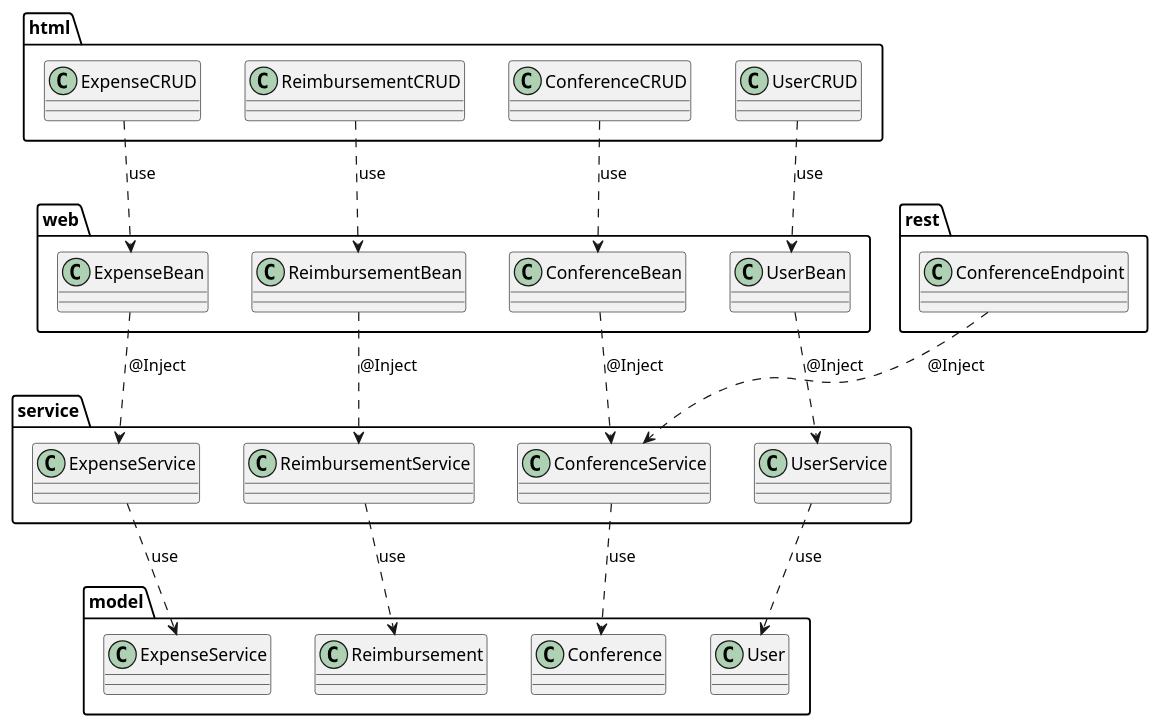
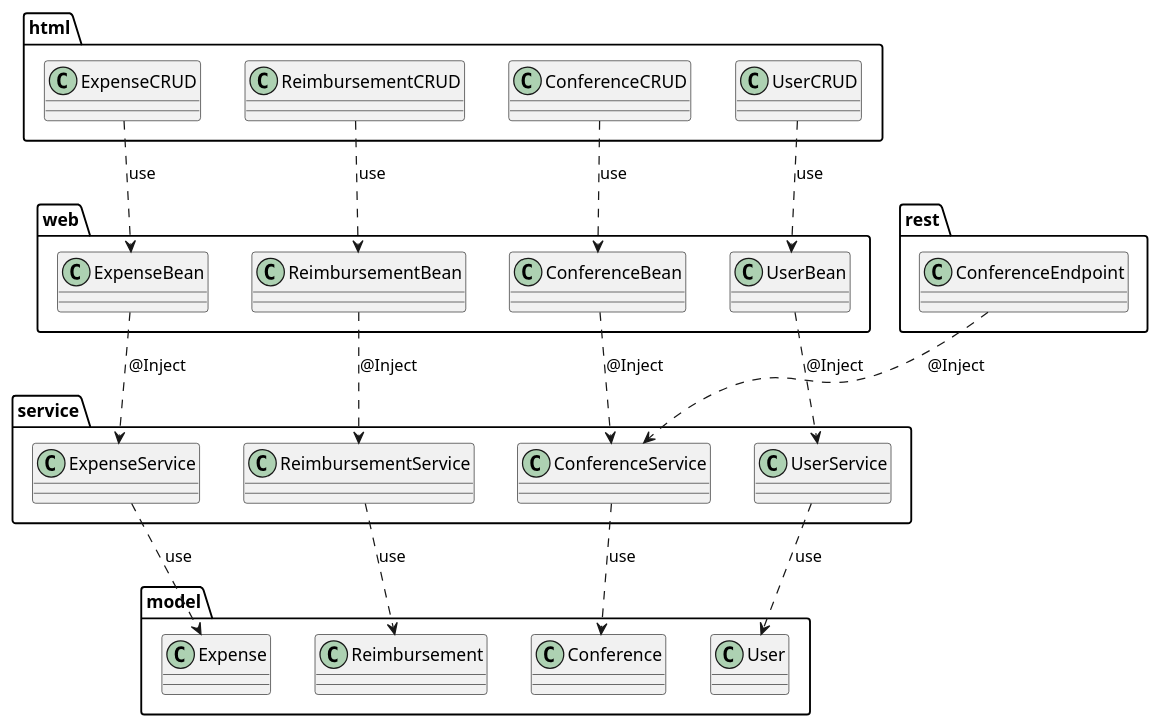
Before and after one commit to antoinesd/cdi-forge-uni: the diagram in slides/schemas/architecture_forgeee7.puml, drawn with PlantUML. The commit also changed 4 other files, not shown here.

```diff
--- a/slides/schemas/architecture_forgeee7.puml
+++ b/slides/schemas/architecture_forgeee7.puml
@@ -1,18 +1,18 @@
 @startuml
 
 
 html.ConferenceCRUD ..> web.ConferenceBean : use
 html.ExpenseCRUD ..> web.ExpenseBean : use
 html.ReimbursementCRUD ..> web.ReimbursementBean : use
 html.UserCRUD ..> web.UserBean : use
 rest.ConferenceEndpoint ..> service.ConferenceService : @Inject
 web.ConferenceBean ..> service.ConferenceService : @Inject
 web.ExpenseBean ..> service.ExpenseService : @Inject
 web.ReimbursementBean ..> service.ReimbursementService : @Inject
 web.UserBean ..> service.UserService : @Inject
 service.ConferenceService ..> model.Conference : use
-service.ExpenseService ..> model.ExpenseService : use
+service.ExpenseService ..> model.Expense : use
 service.ReimbursementService ..> model.Reimbursement : use
 service.UserService ..> model.User : use
 
 @enduml
```
